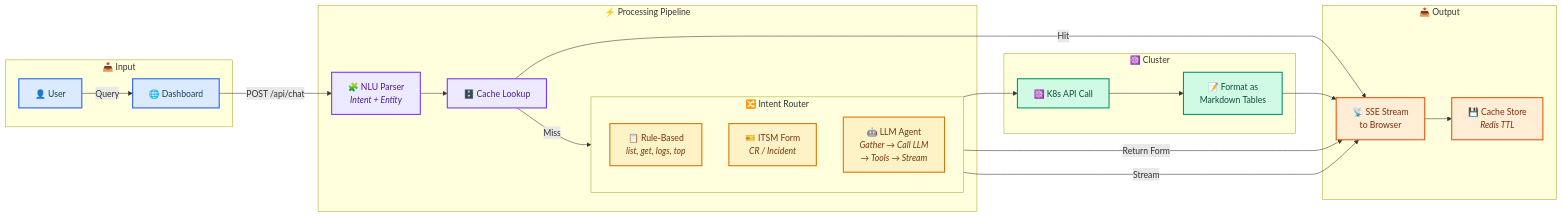
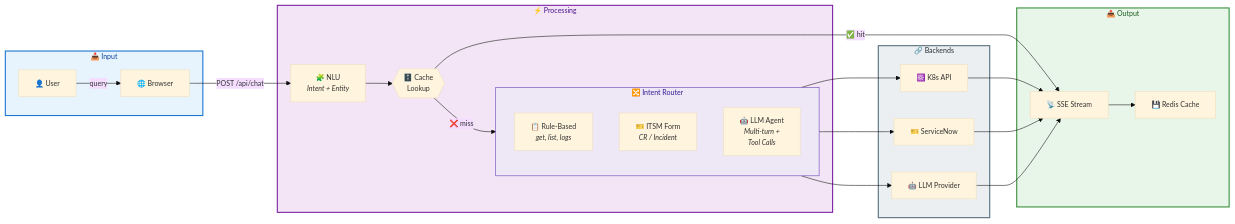
The third of 3 diagrams in docs/architecture.md (cskaruppu/Openshift-mcp-server), drawn with Mermaid before and after one commit. The commit also changed other lines of this file, not shown here.

First line of the commit message:
feat: redesign architecture.md as Red Hat-style reference architecture

````diff
--- a/docs/architecture.md
+++ b/docs/architecture.md
@@ -195,53 +241,48 @@
 ```mermaid
-graph LR
+%%{init: {'theme': 'base', 'themeVariables': { 'fontSize': '13px' }}}%%
+
+flowchart LR
     subgraph INPUT["📥 Input"]
         USER["👤 User"]
-        BROWSER["🌐 Dashboard"]
+        BROWSER["🌐 Browser"]
     end
 
-    subgraph PROCESS["⚡ Processing Pipeline"]
-        NLU["🧩 NLU Parser<br/><i>Intent + Entity</i>"]
-        CACHE["🗄️ Cache Lookup"]
+    subgraph PIPELINE["⚡ Processing"]
+        NLU["🧩 NLU<br/><i>Intent + Entity</i>"]
+        CACHE{{"🗄️ Cache<br/>Lookup"}}
 
-        subgraph ROUTE["🔀 Intent Router"]
+        subgraph ROUTER["🔀 Intent Router"]
             direction TB
-            RULE["📋 Rule-Based<br/><i>list, get, logs, top</i>"]
+            RULE["📋 Rule-Based<br/><i>get, list, logs</i>"]
             ITSM["🎫 ITSM Form<br/><i>CR / Incident</i>"]
-            LLM["🤖 LLM Agent<br/><i>Gather → Call LLM<br/>→ Tools → Stream</i>"]
+            LLM["🤖 LLM Agent<br/><i>Multi-turn +<br/>Tool Calls</i>"]
         end
     end
 
-    subgraph K8S["☸️ Cluster"]
-        API["☸️ K8s API Call"]
-        FMT["📝 Format as<br/>Markdown Tables"]
+    subgraph BACKENDS["🔗 Backends"]
+        K8S["☸️ K8s API"]
+        LLMPROV["🤖 LLM Provider"]
+        SNOW["🎫 ServiceNow"]
     end
 
     subgraph OUTPUT["📤 Output"]
-        SSE["📡 SSE Stream<br/>to Browser"]
-        STORE["💾 Cache Store<br/><i>Redis TTL</i>"]
+        SSE["📡 SSE Stream"]
+        STORE["💾 Redis Cache"]
     end
 
-    USER -->|"Query"| BROWSER
-    BROWSER -->|"POST /api/chat"| NLU
+    USER -->|query| BROWSER
+    BROWSER -->|POST /api/chat| NLU
     NLU --> CACHE
-    CACHE -->|"Hit"| SSE
-    CACHE -->|"Miss"| ROUTE
-    RULE --> API
-    API --> FMT
-    ITSM -->|"Return Form"| SSE
-    LLM -->|"Stream"| SSE
-    FMT --> SSE
+    CACHE -->|"✅ hit"| SSE
+    CACHE -->|"❌ miss"| ROUTER
+    RULE --> K8S --> SSE
+    ITSM --> SNOW --> SSE
+    LLM --> LLMPROV --> SSE
     SSE --> STORE
 
-    classDef input fill:#DBEAFE,stroke:#2563EB,stroke-width:2px,color:#1E3A5F
-    classDef process fill:#EDE9FE,stroke:#7C3AED,stroke-width:2px,color:#4C1D95
-    classDef k8s fill:#D1FAE5,stroke:#059669,stroke-width:2px,color:#064E3B
-    classDef output fill:#FFEDD5,stroke:#EA580C,stroke-width:2px,color:#7C2D12
-    classDef router fill:#FEF3C7,stroke:#D97706,stroke-width:2px,color:#78350F
-
-    class USER,BROWSER input
-    class NLU,CACHE process
-    class RULE,ITSM,LLM router
-    class API,FMT k8s
-    class SSE,STORE output
+    style INPUT fill:#E8F4FD,stroke:#1976D2,stroke-width:2px,color:#0D47A1
+    style PIPELINE fill:#F3E5F5,stroke:#7B1FA2,stroke-width:2px,color:#4A148C
+    style ROUTER fill:#EDE7F6,stroke:#5E35B1,stroke-width:1px,color:#311B92
+    style BACKENDS fill:#ECEFF1,stroke:#546E7A,stroke-width:2px,color:#263238
+    style OUTPUT fill:#E8F5E9,stroke:#388E3C,stroke-width:2px,color:#1B5E20
 ```
````
